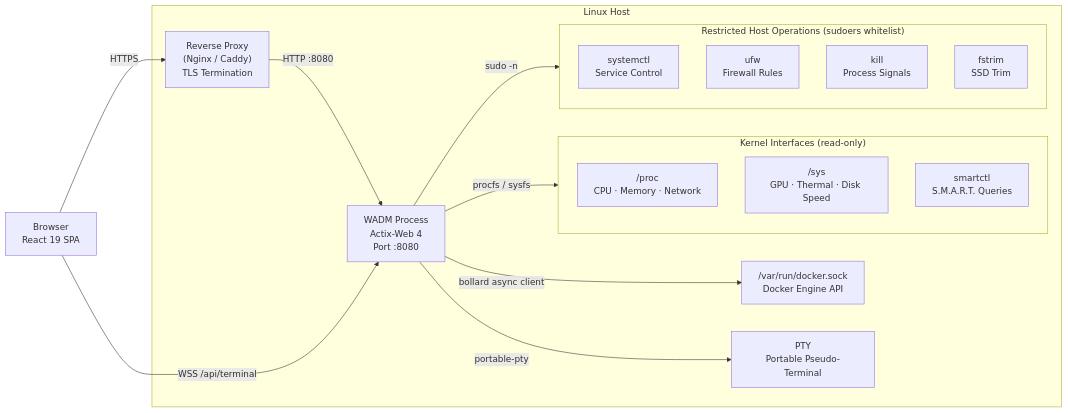
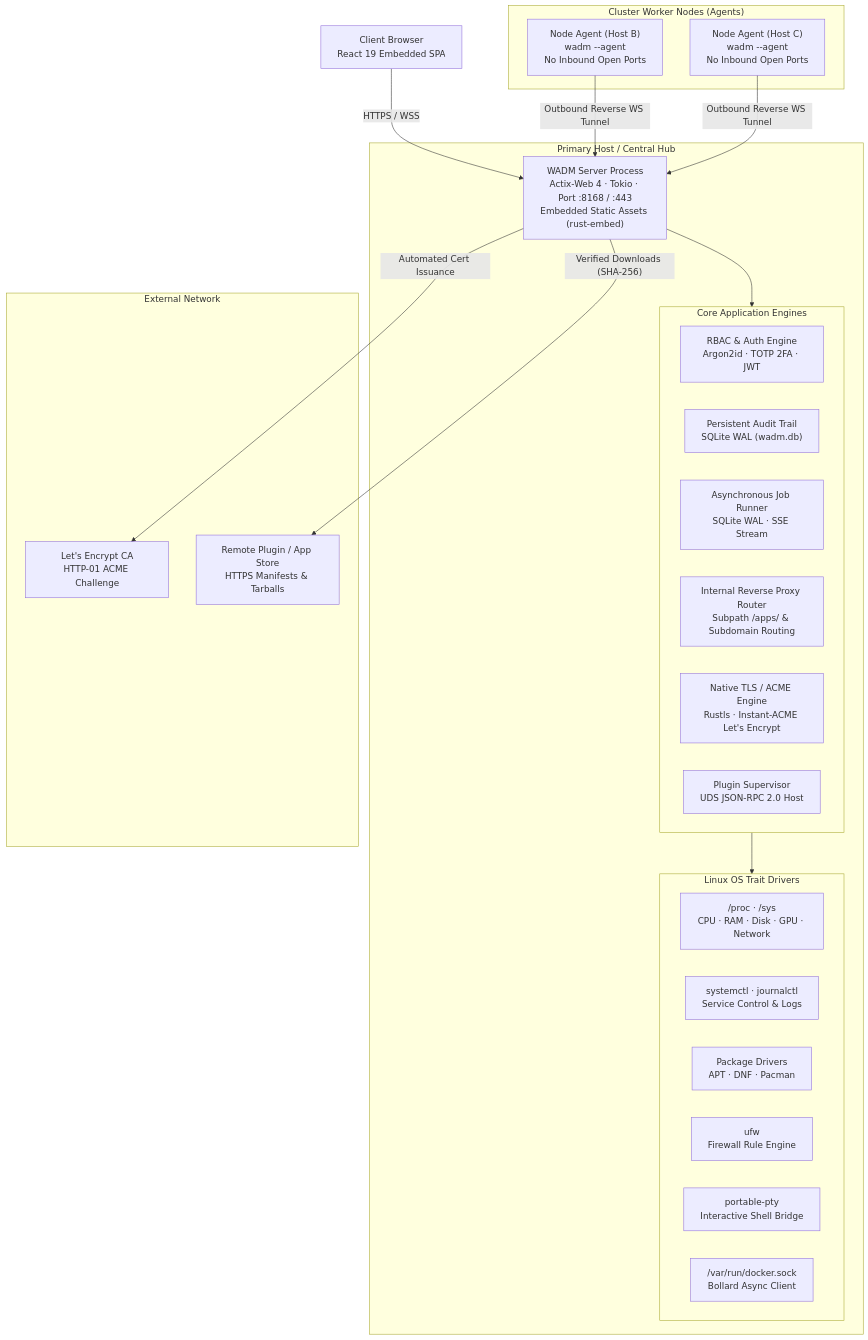
The diagram in README.md (angrytisback/WADM), drawn with Mermaid before and after one commit. The commit also changed other lines of this file and 106 other files, not shown here.

````diff
--- a/README.md
+++ b/README.md
@@ -18,34 +18,46 @@
 ```mermaid
-flowchart LR
-    Browser["Browser\nReact 19 SPA"]
+flowchart TD
+    Browser["Client Browser\nReact 19 Embedded SPA"]
 
-    subgraph Host["Linux Host"]
-        RP["Reverse Proxy\n(Nginx / Caddy)\nTLS Termination"]
-        WADM["WADM Process\nActix-Web 4\nPort :8080"]
+    subgraph CentralHost["Primary Host / Central Hub"]
+        WADM["WADM Server Process\nActix-Web 4 · Tokio · Port :8168 / :443\nEmbedded Static Assets (rust-embed)"]
 
-        subgraph Kernel["Kernel Interfaces (read-only)"]
-            PROC["/proc\nCPU · Memory · Network"]
-            SYS["/sys\nGPU · Thermal · Disk Speed"]
-            SMART["smartctl\nS.M.A.R.T. Queries"]
+        subgraph CoreEngines["Core Application Engines"]
+            AUTH["RBAC & Auth Engine\nArgon2id · TOTP 2FA · JWT"]
+            AUDIT["Persistent Audit Trail\nSQLite WAL (wadm.db)"]
+            JOB["Asynchronous Job Runner\nSQLite WAL · SSE Stream"]
+            RPROXY["Internal Reverse Proxy Router\nSubpath /apps/ & Subdomain Routing"]
+            TLS["Native TLS / ACME Engine\nRustls · Instant-ACME Let's Encrypt"]
+            PLUGIN["Plugin Supervisor\nUDS JSON-RPC 2.0 Host"]
         end
 
-        subgraph Restricted["Restricted Host Operations (sudoers whitelist)"]
-            SYSD["systemctl\nService Control"]
-            UFW["ufw\nFirewall Rules"]
-            KILL["kill\nProcess Signals"]
-            FSTRIM["fstrim\nSSD Trim"]
+        subgraph HostDrivers["Linux OS Trait Drivers"]
+            PROC["/proc · /sys\nCPU · RAM · Disk · GPU · Network"]
+            SYSD["systemctl · journalctl\nService Control & Logs"]
+            PKGMGR["Package Drivers\nAPT · DNF · Pacman"]
+            UFW["ufw\nFirewall Rule Engine"]
+            PTY["portable-pty\nInteractive Shell Bridge"]
+            DOCKER["/var/run/docker.sock\nBollard Async Client"]
         end
-
-        DOCKER["/var/run/docker.sock\nDocker Engine API"]
-        PTY["PTY\nPortable Pseudo-Terminal"]
     end
 
-    Browser -- "HTTPS" --> RP
-    RP -- "HTTP :8080" --> WADM
-    Browser -- "WSS /api/terminal" --> WADM
+    subgraph ClusterNodes["Cluster Worker Nodes (Agents)"]
+        AGENT1["Node Agent (Host B)\nwadm --agent\nNo Inbound Open Ports"]
+        AGENT2["Node Agent (Host C)\nwadm --agent\nNo Inbound Open Ports"]
+    end
 
-    WADM -- "procfs / sysfs" --> Kernel
-    WADM -- "bollard async client" --> DOCKER
-    WADM -- "sudo -n" --> Restricted
-    WADM -- "portable-pty" --> PTY
+    subgraph ExternalServices["External Network"]
+        ACME["Let's Encrypt CA\nHTTP-01 ACME Challenge"]
+        STORE["Remote Plugin / App Store\nHTTPS Manifests & Tarballs"]
+    end
+
+    Browser -- "HTTPS / WSS" --> WADM
+    WADM --> CoreEngines
+    CoreEngines --> HostDrivers
+
+    AGENT1 -- "Outbound Reverse WS Tunnel" --> WADM
+    AGENT2 -- "Outbound Reverse WS Tunnel" --> WADM
+
+    WADM -- "Automated Cert Issuance" --> ACME
+    WADM -- "Verified Downloads (SHA-256)" --> STORE
 ```
````
